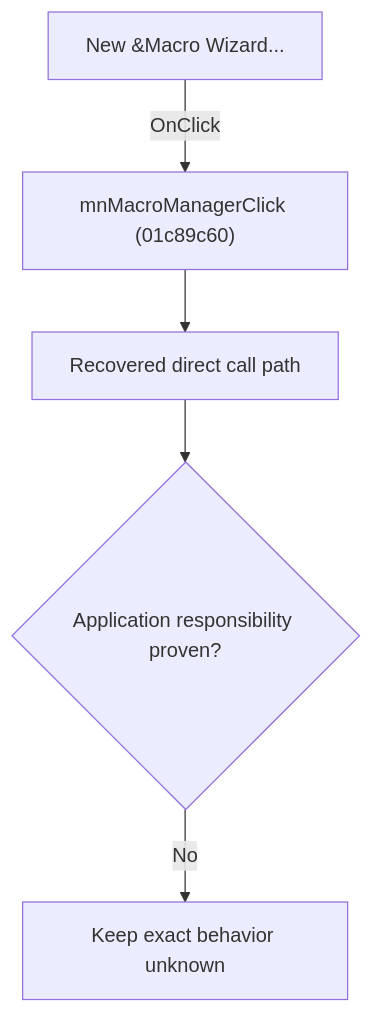
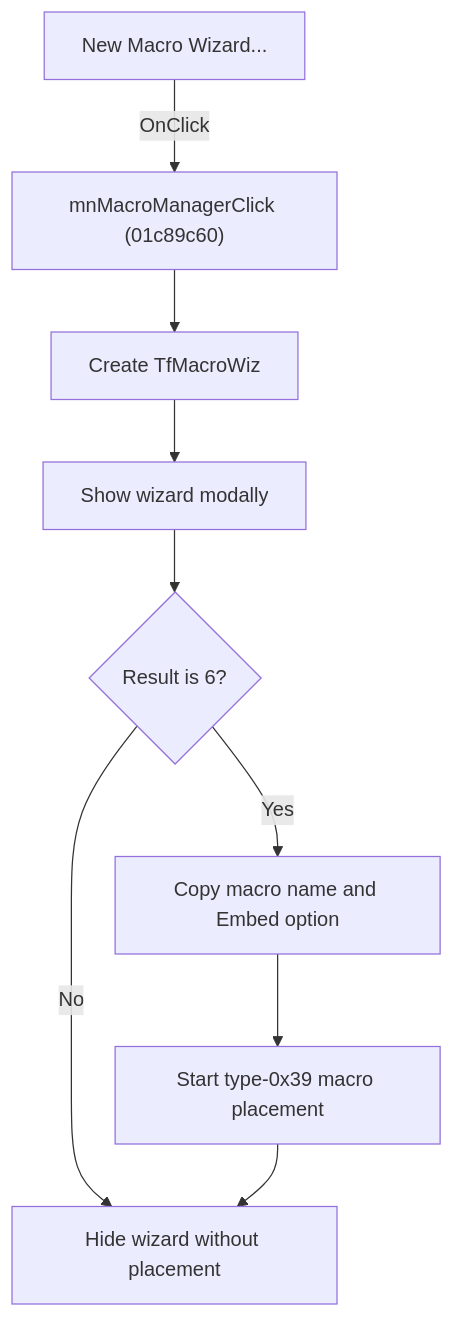
The diagram in docs/ui-controls/schematiceditor/mnmacromanager-7ddc7fe375.md (MovGP0/TIARA), drawn with Mermaid before and after one commit. The commit also changed other lines of this file and 241 other files, not shown here.

````diff
--- a/docs/ui-controls/schematiceditor/mnmacromanager-7ddc7fe375.md
+++ b/docs/ui-controls/schematiceditor/mnmacromanager-7ddc7fe375.md
@@ -27,7 +29,11 @@
 ```mermaid
 flowchart TD
-    control["New &Macro Wizard..."] -->|"OnClick"| handler["mnMacroManagerClick (01c89c60)"]
-    handler --> recovered["Recovered direct call path"]
-    recovered --> gap{"Application responsibility proven?"}
-    gap -->|"No"| blocked["Keep exact behavior unknown"]
+    control["New Macro Wizard..."] -->|OnClick| handler["mnMacroManagerClick (01c89c60)"]
+    handler --> create["Create TfMacroWiz"]
+    create --> modal["Show wizard modally"]
+    modal --> accepted{"Result is 6?"}
+    accepted -->|No| release["Hide wizard without placement"]
+    accepted -->|Yes| copy["Copy macro name and Embed option"]
+    copy --> place["Start type-0x39 macro placement"]
+    place --> release
 ```
````
